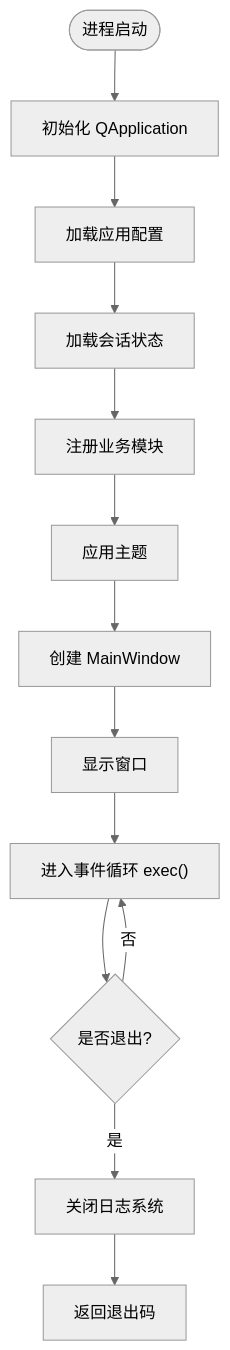
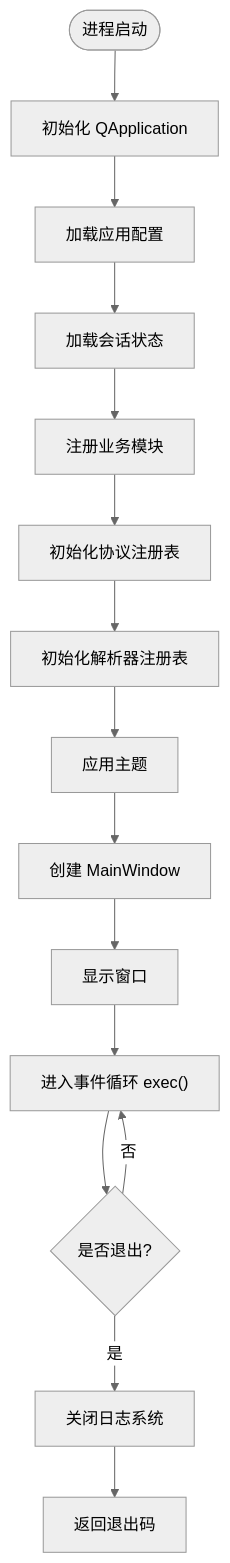
One commit to jakecai1225-design/OpenBus changed the fifth of 8 diagrams in .qoder/repowiki/zh/content/核心模块详解/核心模块详解.md. Above: the diagram before and after it, drawn with Mermaid (neutral theme). The commit also changed other lines of this file and 899 other files, not shown here.

````diff
--- a/.qoder/repowiki/zh/content/核心模块详解/核心模块详解.md
+++ b/.qoder/repowiki/zh/content/核心模块详解/核心模块详解.md
@@ -366,15 +566,17 @@
 ```mermaid
 flowchart TD
 Start(["进程启动"]) --> InitApp["初始化 QApplication"]
 InitApp --> LoadConfig["加载应用配置"]
 LoadConfig --> LoadSession["加载会话状态"]
 LoadSession --> RegisterModules["注册业务模块"]
-RegisterModules --> ApplyTheme["应用主题"]
+RegisterModules --> InitProtocols["初始化协议注册表"]
+InitProtocols --> InitParsers["初始化解析器注册表"]
+InitParsers --> ApplyTheme["应用主题"]
 ApplyTheme --> CreateWin["创建 MainWindow"]
 CreateWin --> ShowWin["显示窗口"]
 ShowWin --> ExecLoop["进入事件循环 exec()"]
 ExecLoop --> ExitCode{"是否退出?"}
 ExitCode --> |否| ExecLoop
 ExitCode --> |是| Shutdown["关闭日志系统"]
 Shutdown --> Return["返回退出码"]
 ```
````
